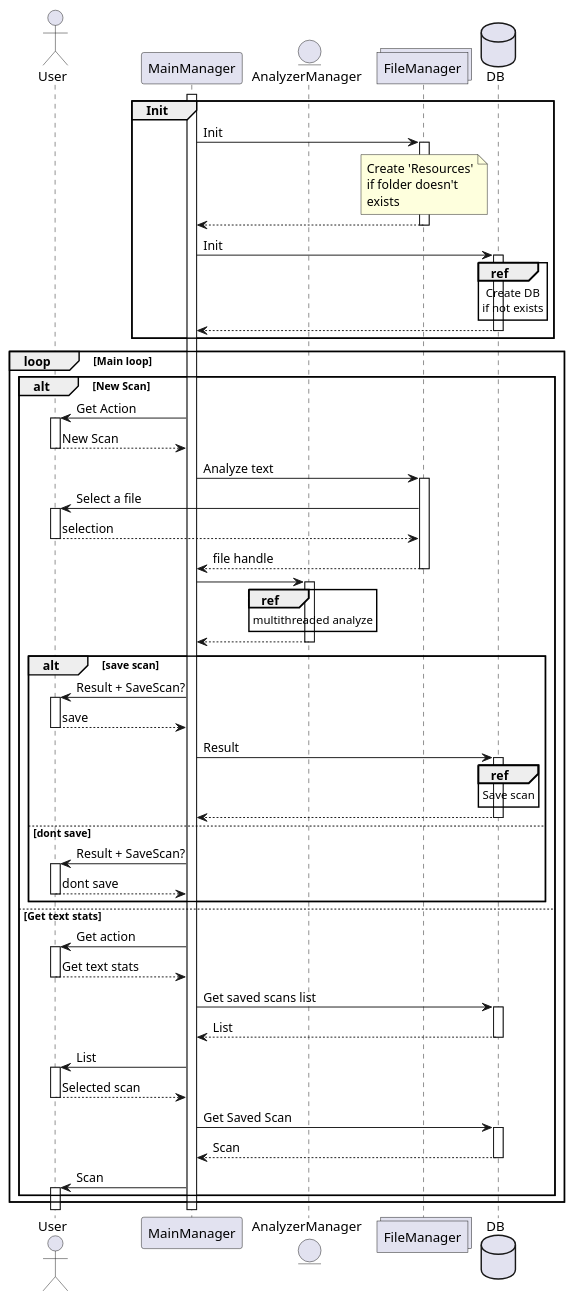
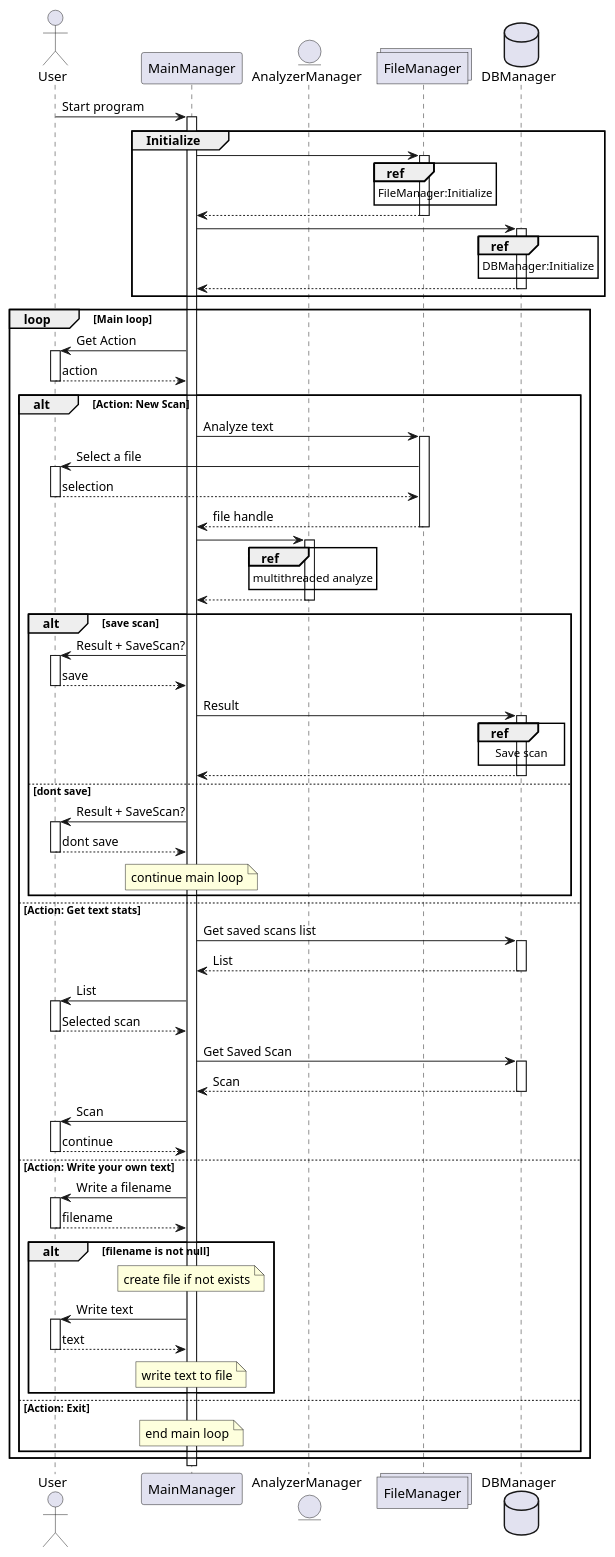
The diagram in diagrams/Sequence_V02.puml (Mimeas-Studies/pgr3302-1-Software-Design-Exam), drawn with PlantUML before and after one commit.

Commit message:
Finished main sequence diagram

```diff
--- a/diagrams/Sequence_V02.puml
+++ b/diagrams/Sequence_V02.puml
@@ -1,77 +1,94 @@
 @startuml
 'https://plantuml.com/sequence-diagram
 
 'participents
 actor User
 participant MainManager
 entity AnalyzerManager
 collections FileManager
-database DB
+database DBManager
 
 autoactivate on
 
-activate MainManager 
+User -> MainManager: Start program
 
-group Init 
+group Initialize
 
-MainManager -> FileManager: Init
-note over FileManager: Create 'Resources'\nif folder doesn't\nexists
+MainManager -> FileManager
+    ref over FileManager: FileManager:Initialize
 return
 
-MainManager -> DB: Init
-ref over DB: Create DB\nif not exists
+MainManager -> DBManager
+    ref over DBManager: DBManager:Initialize
 return
 
 end group
 
 loop Main loop
 
-alt New Scan
+MainManager -> User: Get Action
+return action
 
-MainManager -> User: Get Action
-return New Scan
+alt Action: New Scan
 
 MainManager -> FileManager: Analyze text
     FileManager -> User: Select a file
     return selection
     
 return file handle
     
 MainManager -> AnalyzerManager
     ref over AnalyzerManager: multithreaded analyze
 return
 
 alt save scan
 MainManager -> User: Result + SaveScan?
 return save
 
-MainManager -> DB: Result
-    ref over DB: Save scan
+MainManager -> DBManager: Result
+    ref over DBManager: Save scan
 return
     
 else dont save
 MainManager -> User: Result + SaveScan?
 return dont save
-
+note over MainManager: continue main loop
 end alt
 
-else Get text stats
+else Action: Get text stats
 
-MainManager -> User: Get action
-return Get text stats
-
-MainManager -> DB: Get saved scans list
+MainManager -> DBManager: Get saved scans list
 return List
 
 MainManager -> User: List
 return Selected scan
 
-MainManager -> DB: Get Saved Scan
+MainManager -> DBManager: Get Saved Scan
 return Scan
 
 MainManager -> User: Scan
+return continue
+
+else Action: Write your own text
+
+MainManager -> User: Write a filename
+return filename
+
+alt filename is not null
+
+note over MainManager: create file if not exists
+
+MainManager -> User: Write text
+return text
+
+note over MainManager: write text to file
+end alt
+
+else Action: Exit
+
+note over MainManager: end main loop
 
 end alt
 
 end loop
 @enduml
```
